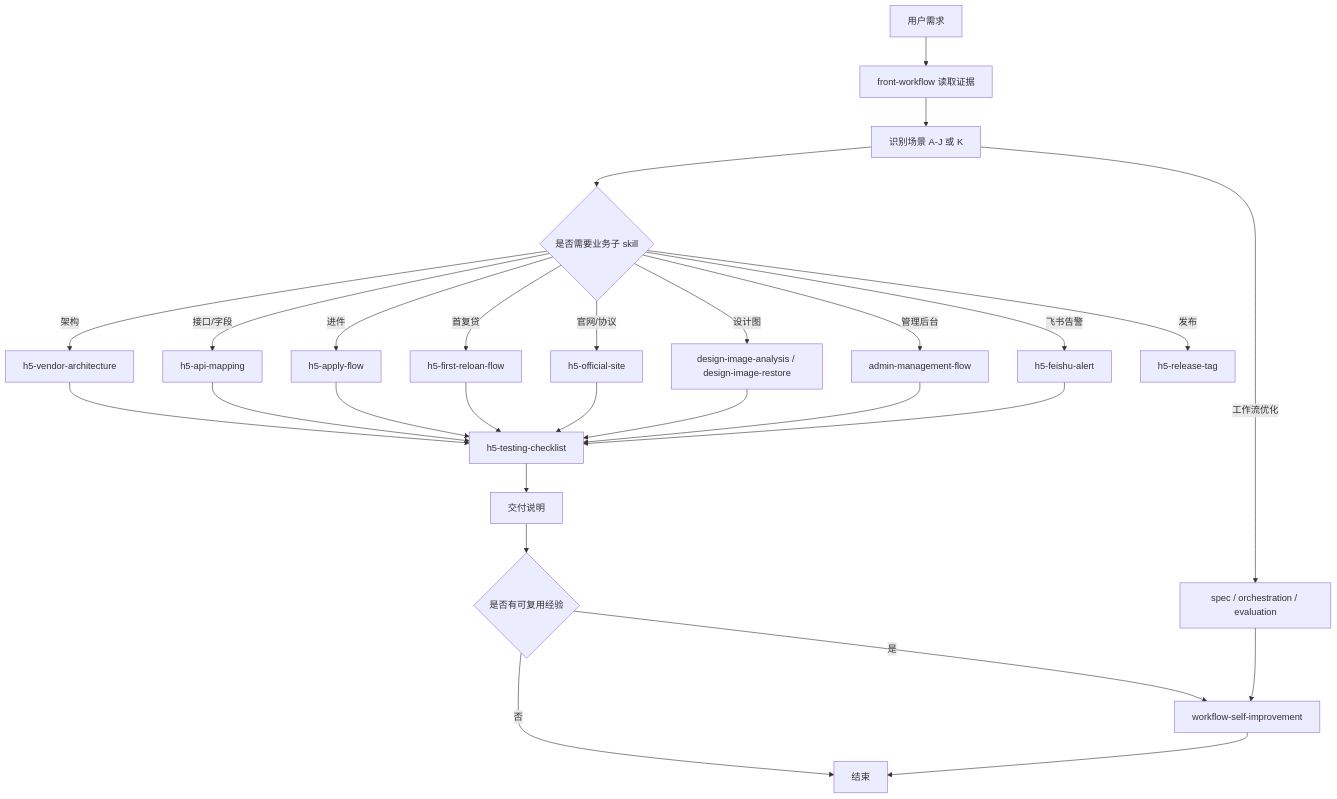
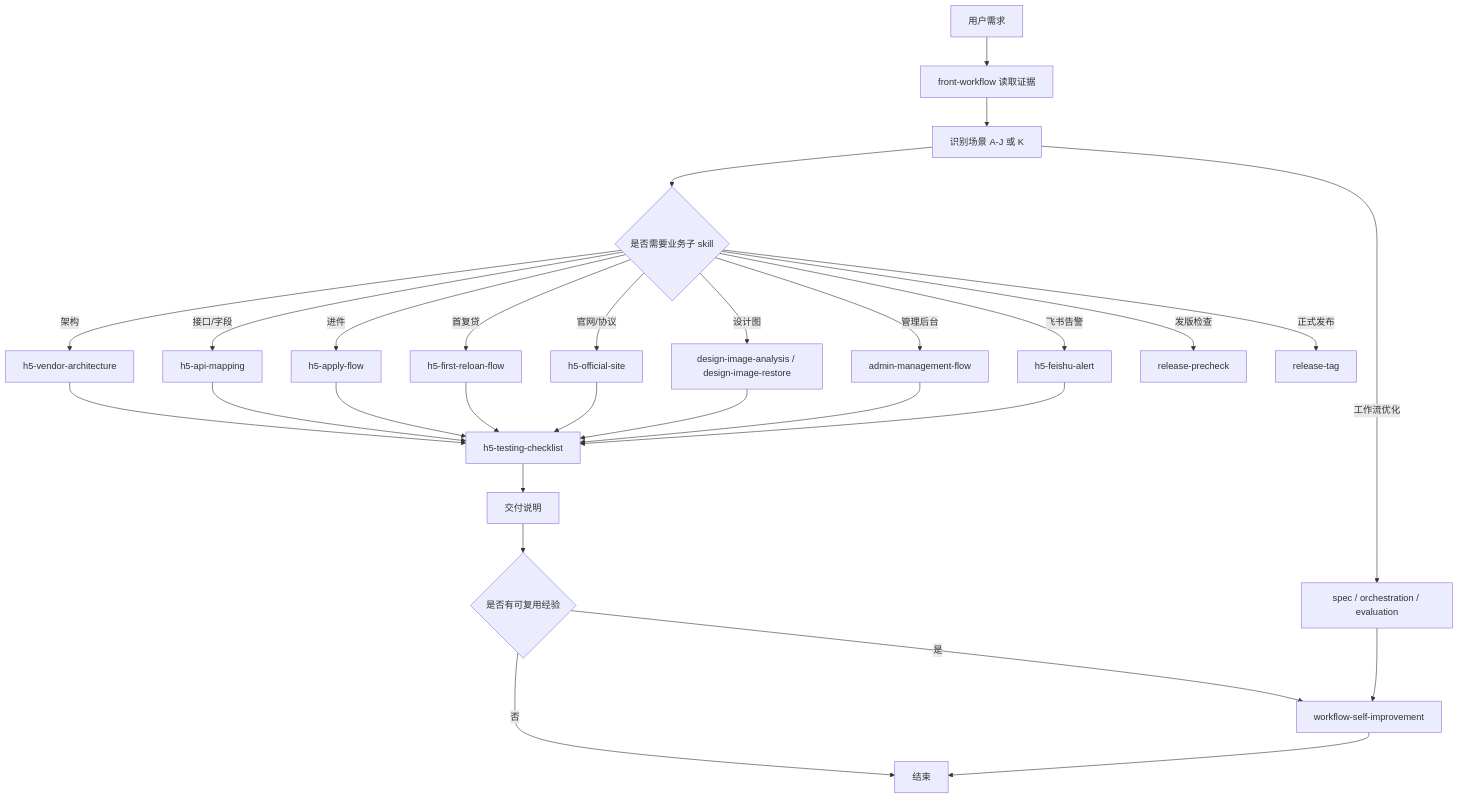
The diagram in front-workflow/WORKFLOW-SHARING.md (MaSiBo1998/skills), drawn with Mermaid before and after one commit. The commit also changed other lines of this file and 24 other files, not shown here.

````diff
--- a/front-workflow/WORKFLOW-SHARING.md
+++ b/front-workflow/WORKFLOW-SHARING.md
@@ -25,30 +25,31 @@
 ```mermaid
 flowchart TD
     A["用户需求"] --> B["front-workflow 读取证据"]
     B --> C["识别场景 A-J 或 K"]
     C --> D{"是否需要业务子 skill"}
     D -->|架构| E["h5-vendor-architecture"]
     D -->|接口/字段| F["h5-api-mapping"]
     D -->|进件| G["h5-apply-flow"]
     D -->|首复贷| H["h5-first-reloan-flow"]
     D -->|官网/协议| I["h5-official-site"]
     D -->|设计图| J["design-image-analysis / design-image-restore"]
     D -->|管理后台| K["admin-management-flow"]
     D -->|飞书告警| L["h5-feishu-alert"]
-    D -->|发布| M["h5-release-tag"]
+    D -->|发版检查| M["release-precheck"]
+    D -->|正式发布| T["release-tag"]
     E --> N["h5-testing-checklist"]
     F --> N
     G --> N
     H --> N
     I --> N
     J --> N
     K --> N
     L --> N
     N --> O["交付说明"]
     O --> P{"是否有可复用经验"}
     P -->|是| Q["workflow-self-improvement"]
     P -->|否| R["结束"]
     Q --> R
     C -->|工作流优化| S["spec / orchestration / evaluation"]
     S --> Q
 ```
````
